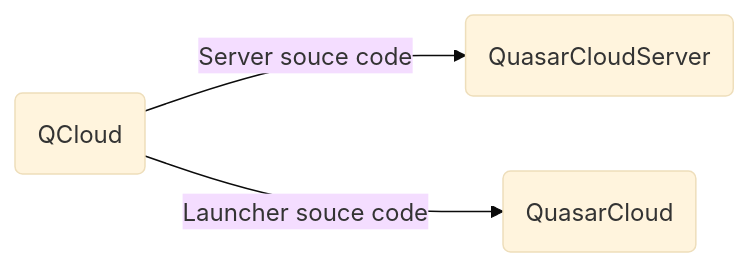
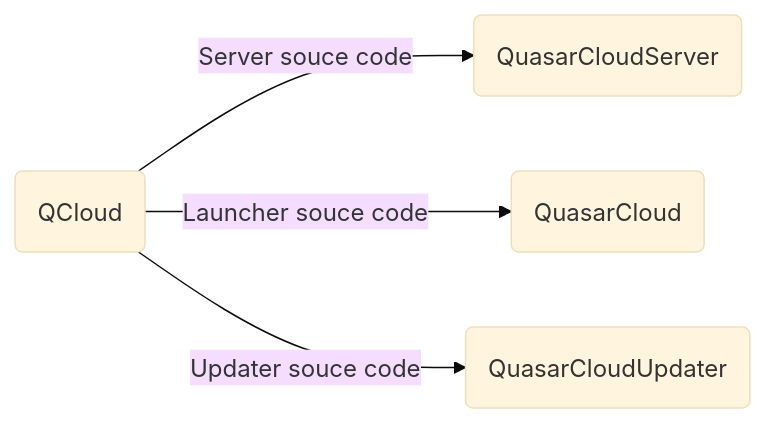
The diagram in README.md (all-creator/QCloud), drawn with Mermaid (base theme) before and after one commit. The commit also changed other lines of this file, not shown here.

````diff
--- a/README.md
+++ b/README.md
@@ -24,5 +25,6 @@
 ```mermaid
 graph LR
 QCloud(QCloud) -- Server souce code --> Server(QuasarCloudServer)
 QCloud -- Launcher souce code--> Launcher(QuasarCloud)
+QCloud -- Updater souce code--> Updater(QuasarCloudUpdater)
 ```
````
